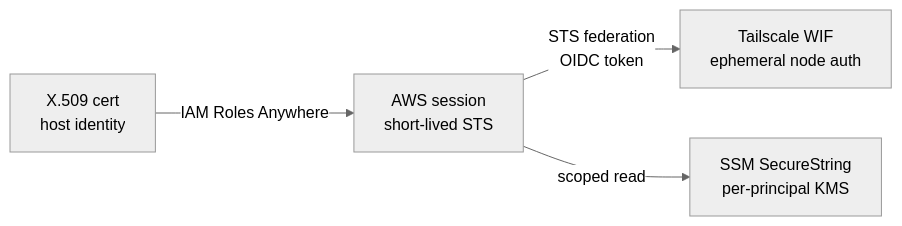
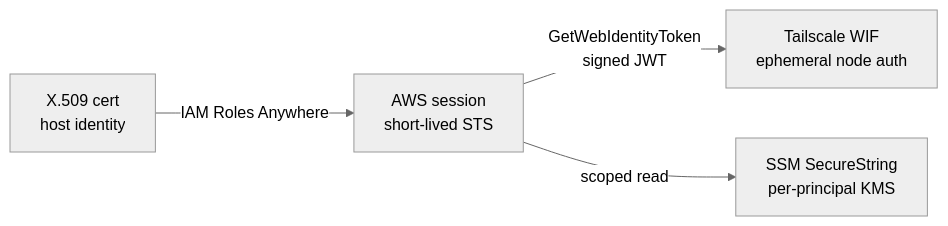
The diagram in 02-mental-models/keyless-credentials.md (jonatw/openab-map), drawn with Mermaid (neutral theme) before and after one commit. The commit also changed other lines of this file, not shown here.

First line of the commit message:
docs: correct outbound-federation gotchas against official AWS docs

````diff
--- a/02-mental-models/keyless-credentials.md
+++ b/02-mental-models/keyless-credentials.md
@@ -21,6 +21,6 @@
 ```mermaid
 flowchart LR
     X509[X.509 cert<br/>host identity] -->|IAM Roles Anywhere| AWS[AWS session<br/>short-lived STS]
-    AWS -->|STS federation<br/>OIDC token| TS[Tailscale WIF<br/>ephemeral node auth]
+    AWS -->|GetWebIdentityToken<br/>signed JWT| TS[Tailscale WIF<br/>ephemeral node auth]
     AWS -->|scoped read| VAULT[SSM SecureString<br/>per-principal KMS]
 ```
````
